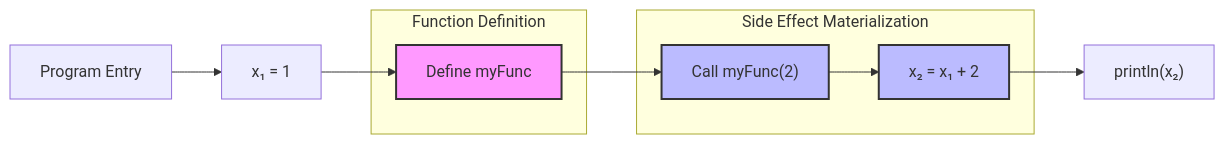
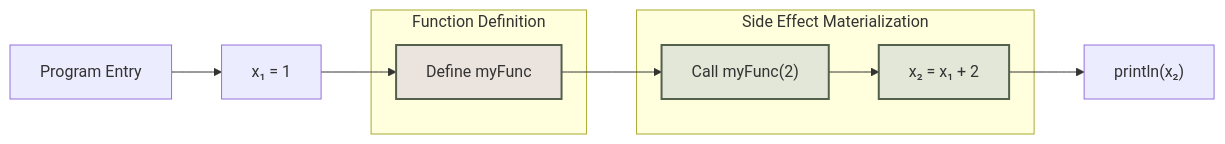
The first of 7 diagrams in static-analysis-guide/deep-dive-into-ssa-closure.mdx (yaklang/ssa.to), drawn with Mermaid before and after one commit. The commit also changed other lines of this file and 91 other files, not shown here.

````diff
--- a/static-analysis-guide/deep-dive-into-ssa-closure.mdx
+++ b/static-analysis-guide/deep-dive-into-ssa-closure.mdx
@@ -741,27 +749,27 @@
 ```mermaid
 graph LR
     A["Program Entry"]
     B["x₁ = 1"]
     C["Define myFunc"]
     D["Call myFunc(2)"]
     E["x₂ = x₁ + 2"]
     F["println(x₂)"]
     
     A --> B
     B --> C
     C --> D
     D --> E
     E --> F
     
     subgraph "Function Definition"
         C
-        style C fill:#f9f,stroke:#333,stroke-width:2px
+        style C fill:#ebe3dd,stroke:#52604c,stroke-width:2px
     end
     
     subgraph "Side Effect Materialization"
         D
         E
-        style D fill:#bbf,stroke:#333,stroke-width:2px
-        style E fill:#bbf,stroke:#333,stroke-width:2px
+        style D fill:#e2e7d7,stroke:#52604c,stroke-width:2px
+        style E fill:#e2e7d7,stroke:#52604c,stroke-width:2px
     end
 ```
````
